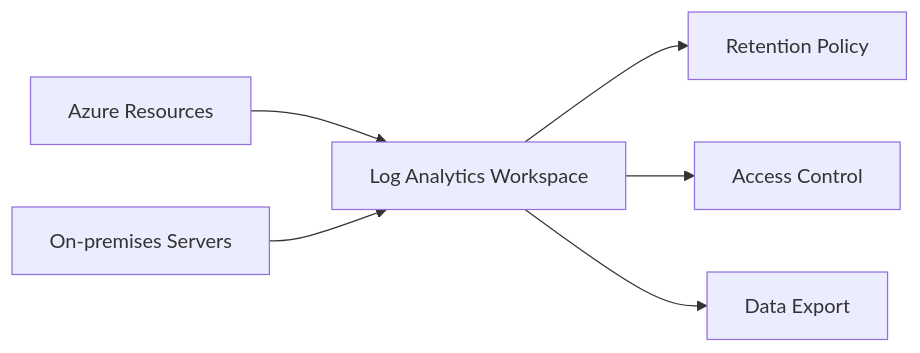
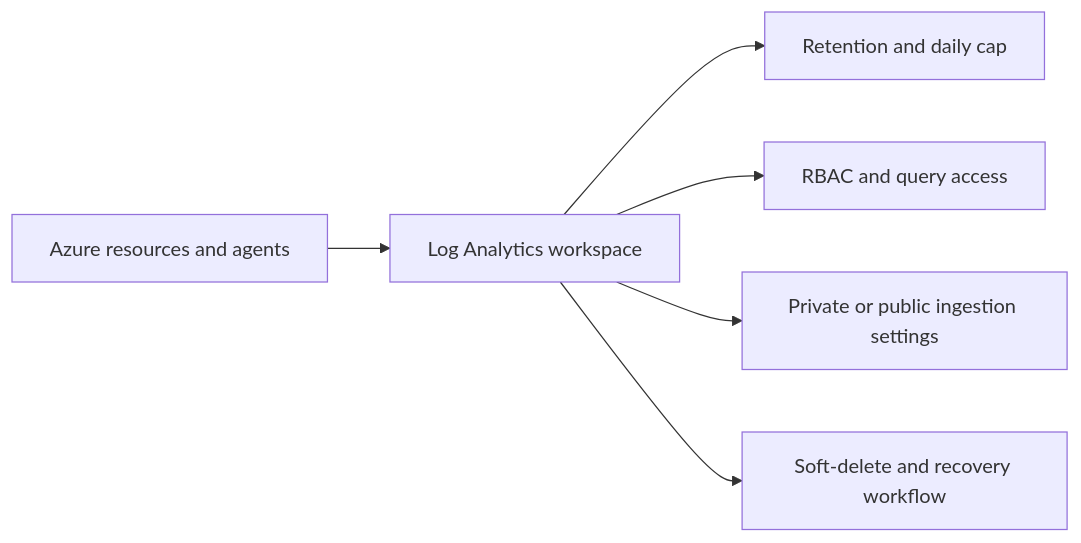
Before and after one commit to yeongseon/azure-monitoring-practical-guide: the diagram in docs/operations/workspace-management.md, drawn with Mermaid. The commit also changed other lines of this file and 50 other files, not shown here.

````diff
--- a/docs/operations/workspace-management.md
+++ b/docs/operations/workspace-management.md
@@ -5,8 +3,8 @@
 ```mermaid
-graph LR
-    A[Azure Resources] --> B[Log Analytics Workspace]
-    C[On-premises Servers] --> B
-    B --> D[Retention Policy]
-    B --> E[Access Control]
-    B --> F[Data Export]
+flowchart LR
+    Sources[Azure resources and agents] --> Workspace[Log Analytics workspace]
+    Workspace --> Retention[Retention and daily cap]
+    Workspace --> Access[RBAC and query access]
+    Workspace --> Network[Private or public ingestion settings]
+    Workspace --> Recovery[Soft-delete and recovery workflow]
 ```
````
